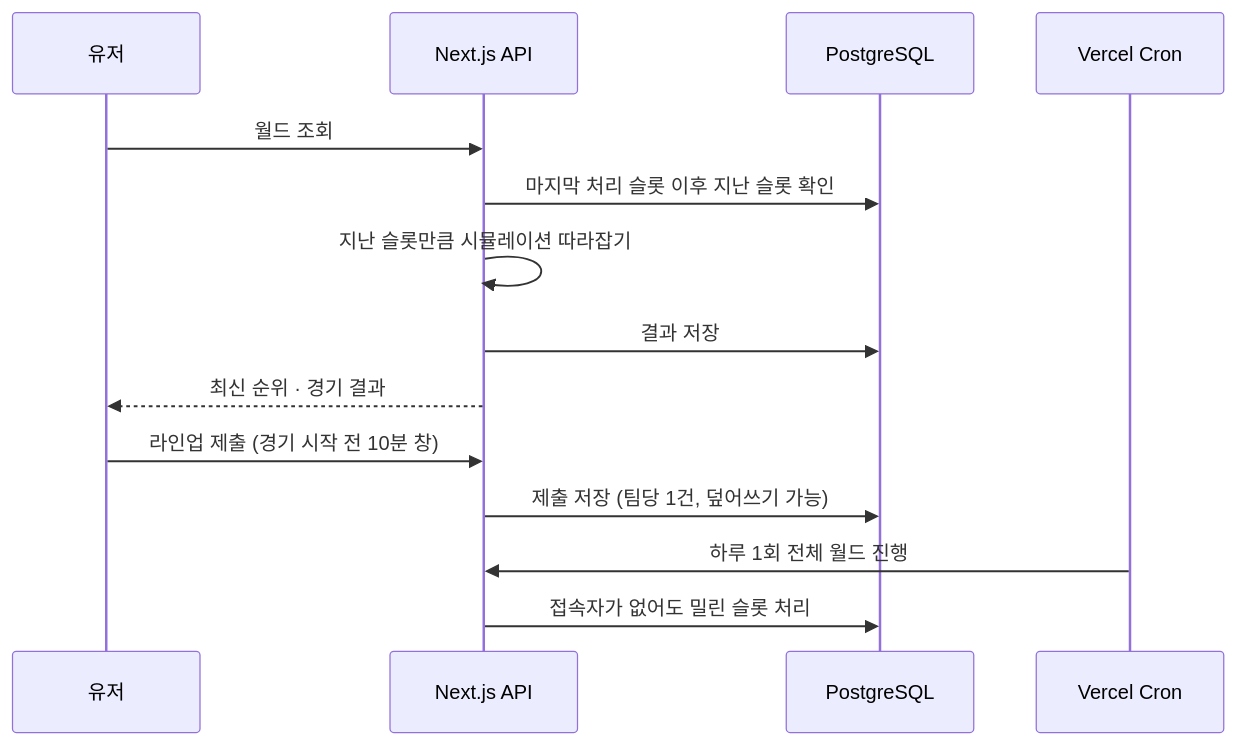
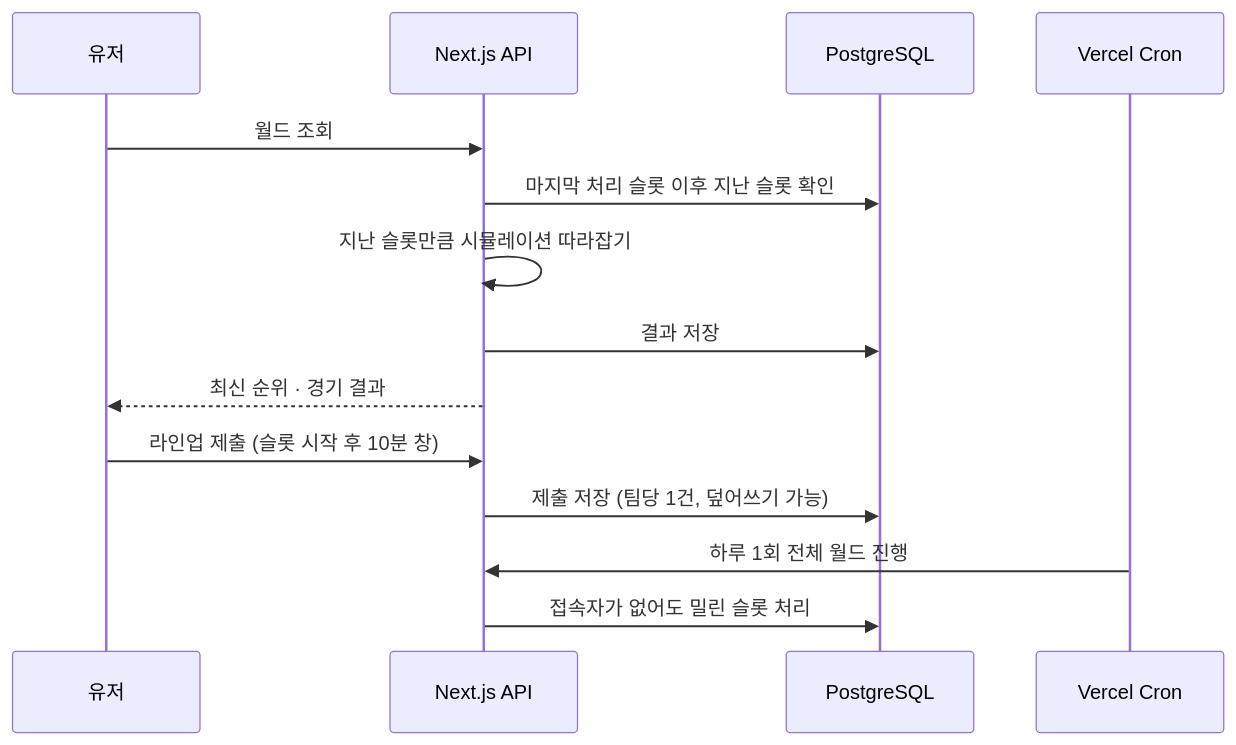
The third of 4 diagrams in content/projects/baseball-management-game.md (scourge1100/neverland), drawn with Mermaid before and after one commit. The commit also changed 26 other files, not shown here.

````diff
--- a/content/projects/baseball-management-game.md
+++ b/content/projects/baseball-management-game.md
@@ -103,19 +103,19 @@
 ```mermaid
 sequenceDiagram
     participant U as 유저
     participant API as Next.js API
     participant DB as PostgreSQL
     participant CR as Vercel Cron
 
     U->>API: 월드 조회
     API->>DB: 마지막 처리 슬롯 이후 지난 슬롯 확인
     API->>API: 지난 슬롯만큼 시뮬레이션 따라잡기
     API->>DB: 결과 저장
     API-->>U: 최신 순위 · 경기 결과
 
-    U->>API: 라인업 제출 (경기 시작 전 10분 창)
+    U->>API: 라인업 제출 (슬롯 시작 후 10분 창)
     API->>DB: 제출 저장 (팀당 1건, 덮어쓰기 가능)
 
     CR->>API: 하루 1회 전체 월드 진행
     API->>DB: 접속자가 없어도 밀린 슬롯 처리
 ```
````
